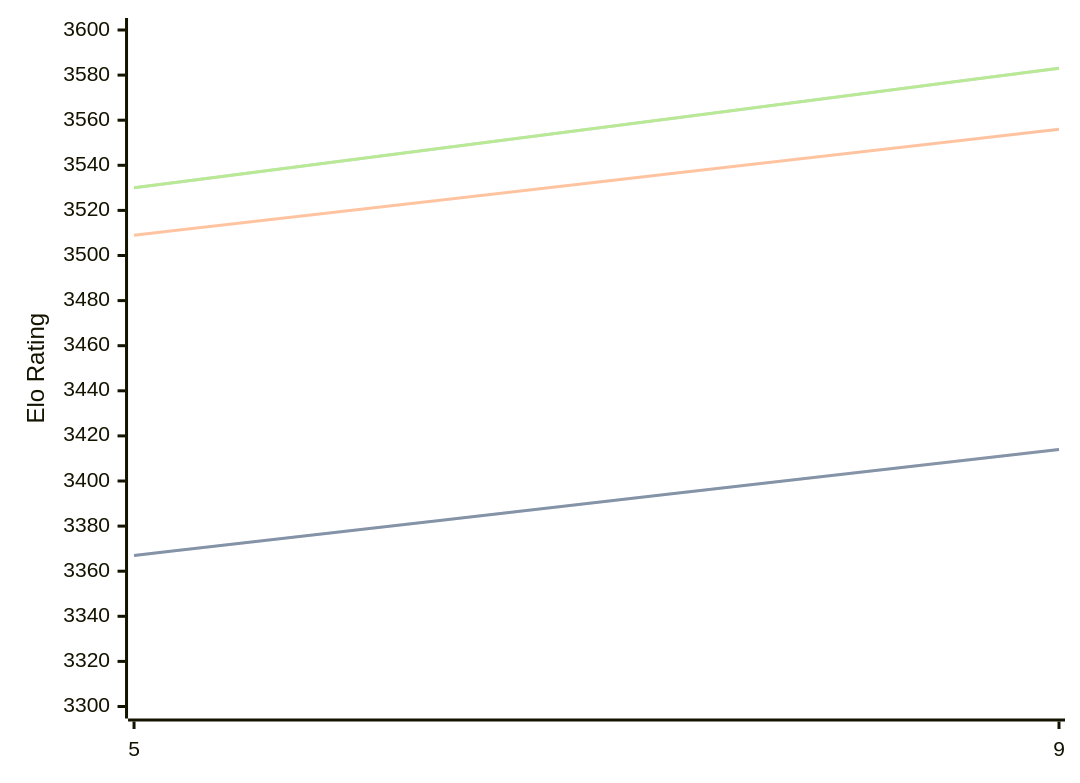
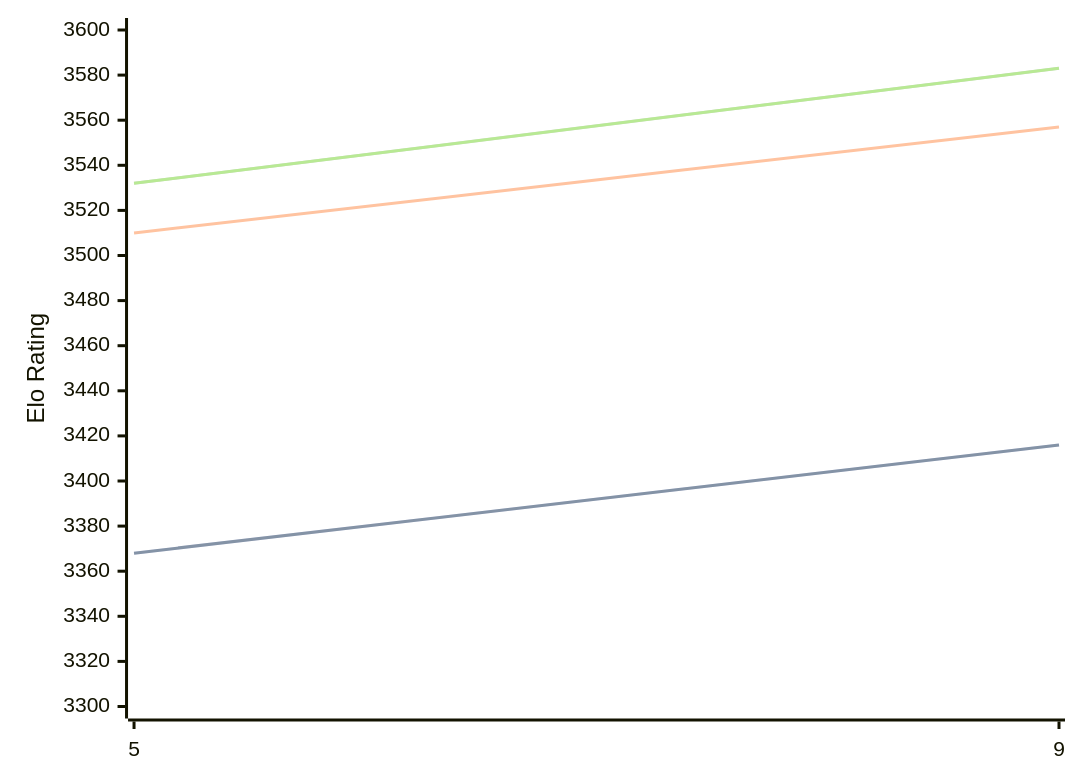
The diagram in engines/Crystal.md (computer-chess-index/cci), drawn with Mermaid before and after one commit. The commit also changed other lines of this file, not shown here.

Commit message:
Update CCI Ratings (ELO VLTC) - 2026-08-09

````diff
--- a/engines/Crystal.md
+++ b/engines/Crystal.md
@@ -32,11 +32,11 @@
 ```mermaid
 %%{init: {"theme":"base","themeVariables":{"seriesColors:['#a3a3a3','#222221','#faa371']}}}%%
 xychart-beta
   x-axis ["5", "9"]
   y-axis "Elo Rating" 3300 --> 3600
-  line "STC (8.0+0.08s)" [3367, 3414]
-  line "STC (8.0+0.08s)" [3367, 3414]
-  line "LTC (60.0+0.60s)" [3509, 3556]
-  line "VLTC (2m24s+1.12s)" [3530, 3583]
-  line "VLTC (2m24s+1.12s)" [3530, 3583]
+  line "STC (8.0+0.08s)" [3368, 3416]
+  line "STC (8.0+0.08s)" [3368, 3416]
+  line "LTC (60.0+0.60s)" [3510, 3557]
+  line "VLTC (2m24s+1.12s)" [3532, 3583]
+  line "VLTC (2m24s+1.12s)" [3532, 3583]
 ```
````
